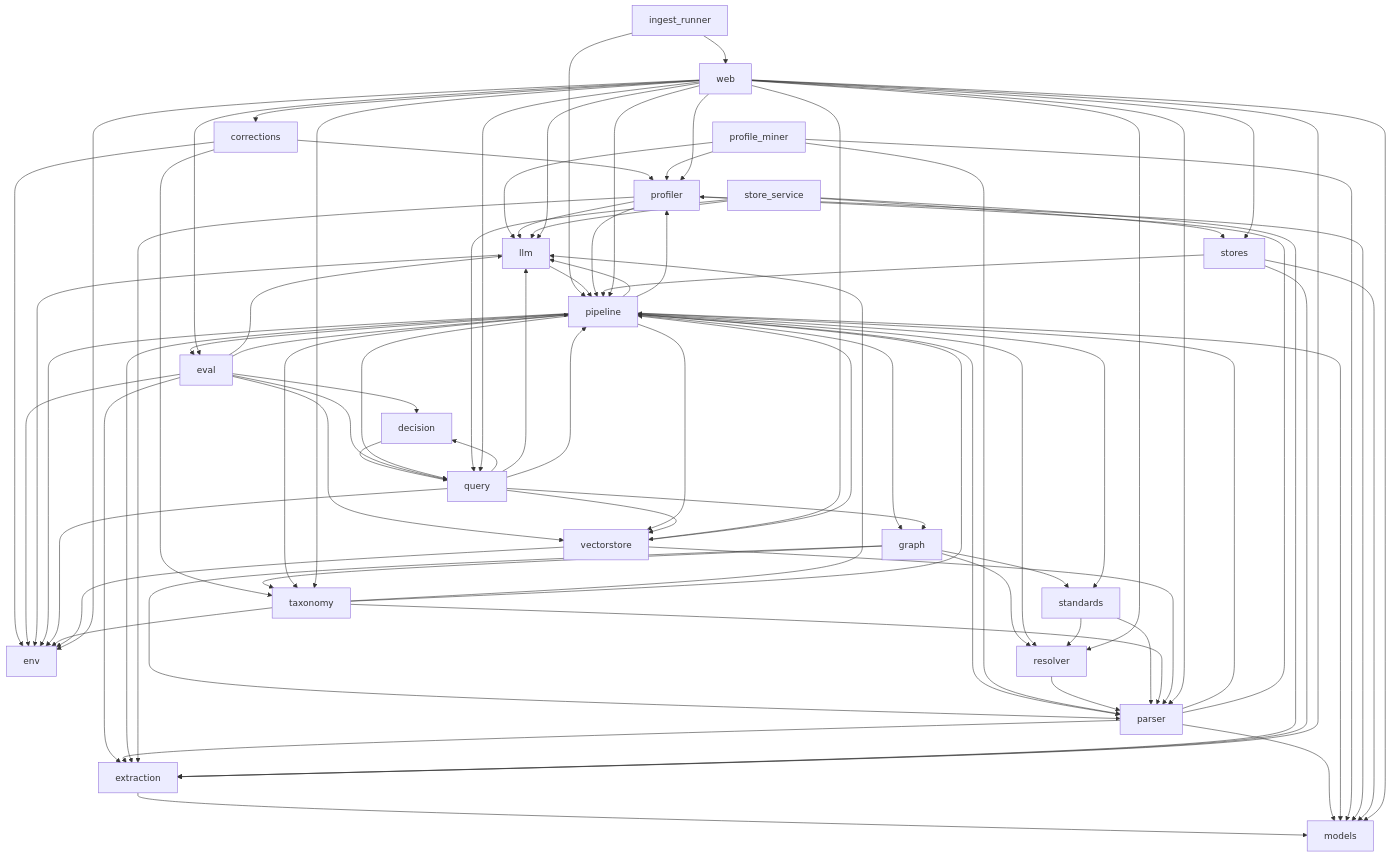
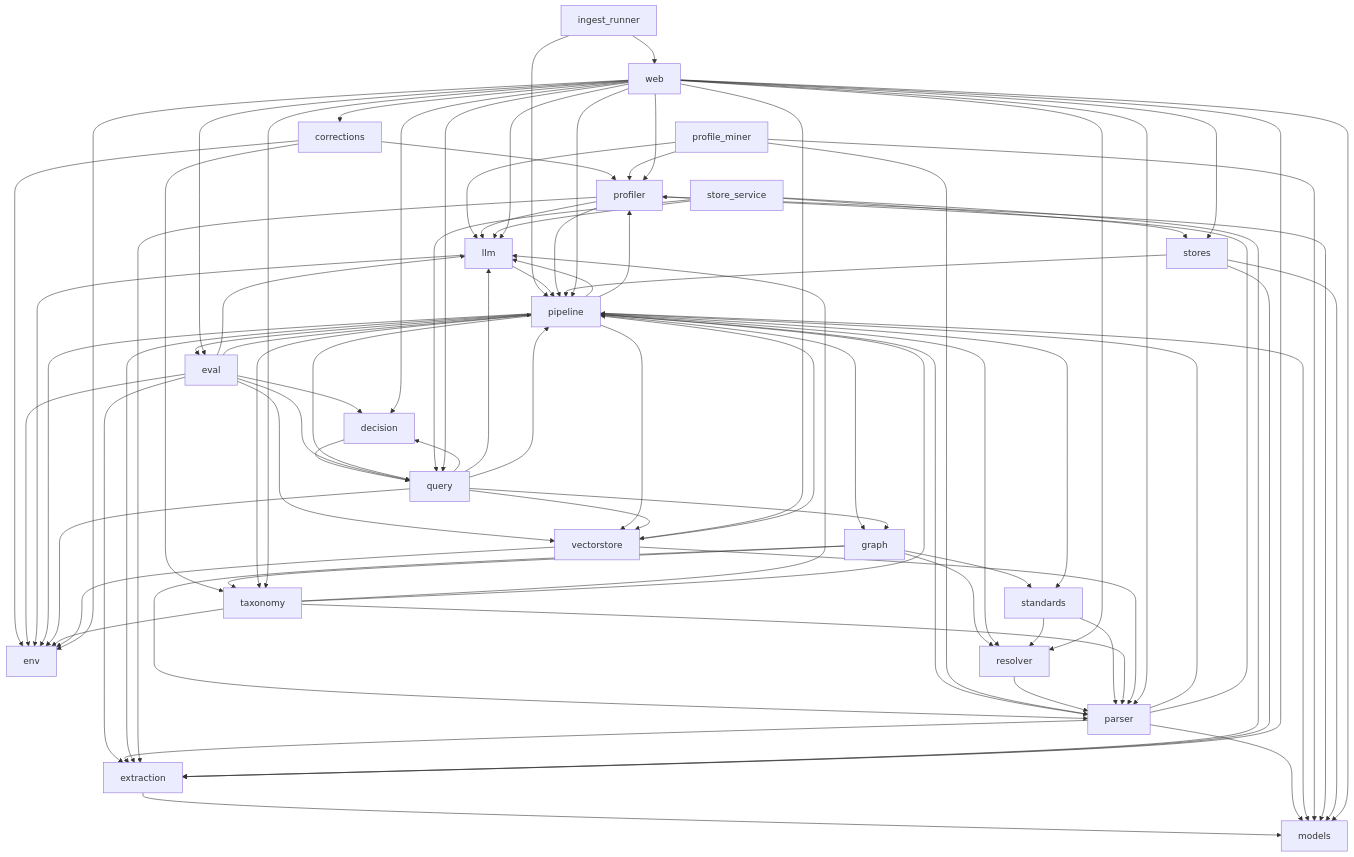
One commit to kurnoolion/nora changed the diagram in docs/compact/MAP.md. Above: the diagram before and after it, drawn with Mermaid. The commit also changed other lines of this file and 7 other files, not shown here.

Commit message:
stage-graph: close session 2026-11-13. Journal entry; D-DRAFT-20 (per-build cycles, host-wide enrich slots), D-DRAFT-21 (one ingest per MNO in flight), D-DRAFT-22 (select-synth cuts reasoning only when the reply opens with it); MAP and Structure sections regenerated (web→decision edge)

```diff
--- a/docs/compact/MAP.md
+++ b/docs/compact/MAP.md
@@ -123,6 +123,7 @@
     m_vectorstore --> m_parser
     m_vectorstore --> m_pipeline
     m_web --> m_corrections
+    m_web --> m_decision
     m_web --> m_env
     m_web --> m_eval
     m_web --> m_extraction
```
